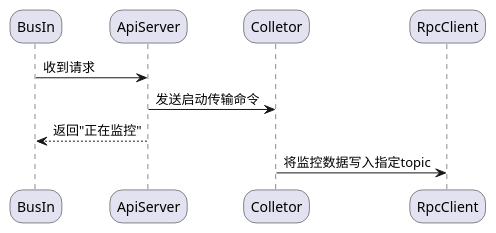
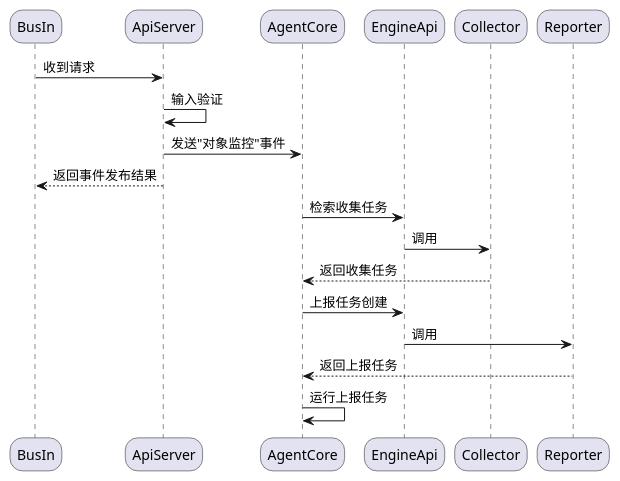
One commit to Faione/note changed the seventh of 7 diagrams in WorkNote/Agent设计v2/执行代理V0.2-重构-草稿-2.md. Above: the diagram before and after it, drawn with PlantUML. The commit also changed other lines of this file and 2 other files, not shown here.

Commit message:
update agent v0.2

````diff
--- a/WorkNote/Agent设计v2/执行代理V0.2-重构-草稿-2.md
+++ b/WorkNote/Agent设计v2/执行代理V0.2-重构-草稿-2.md
@@ -277,17 +266,25 @@
 ```plantuml
 @startuml
 skinparam roundCorner 25
 skinparam responseMessageBelowArrow true
 
 participant BusIn as f1
 participant ApiServer as f2
-participant Colletor as f3
-participant RpcClient as f4
-
+participant AgentCore as f3
+participant EngineApi as f4
+participant Collector as f5
+participant Reporter as f6
 
 f1    ->     f2  :收到请求
-f2    ->     f3  :发送启动传输命令
-f2    -->    f1  :返回"正在监控"
-f3    ->     f4  :将监控数据写入指定topic
+f2    ->     f2  :输入验证
+f2    ->     f3  :发送"对象监控"事件
+f2    -->    f1  :返回事件发布结果
+f3    ->     f4  :检索收集任务
+f4    ->     f5  :调用
+f5   -->     f3  :返回收集任务
+f3    ->     f4  :上报任务创建
+f4    ->     f6  :调用
+f6   -->     f3  :返回上报任务
+f3    ->     f3  :运行上报任务
 @enduml
 ```
````
